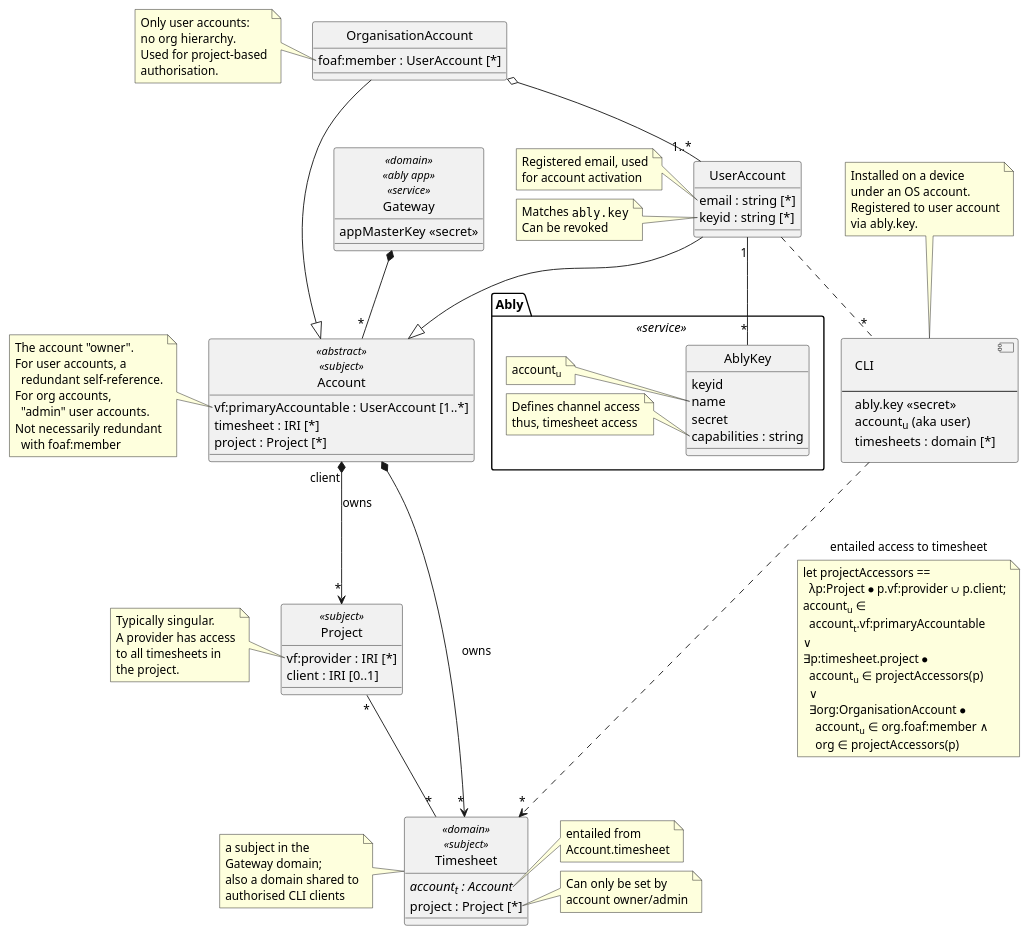
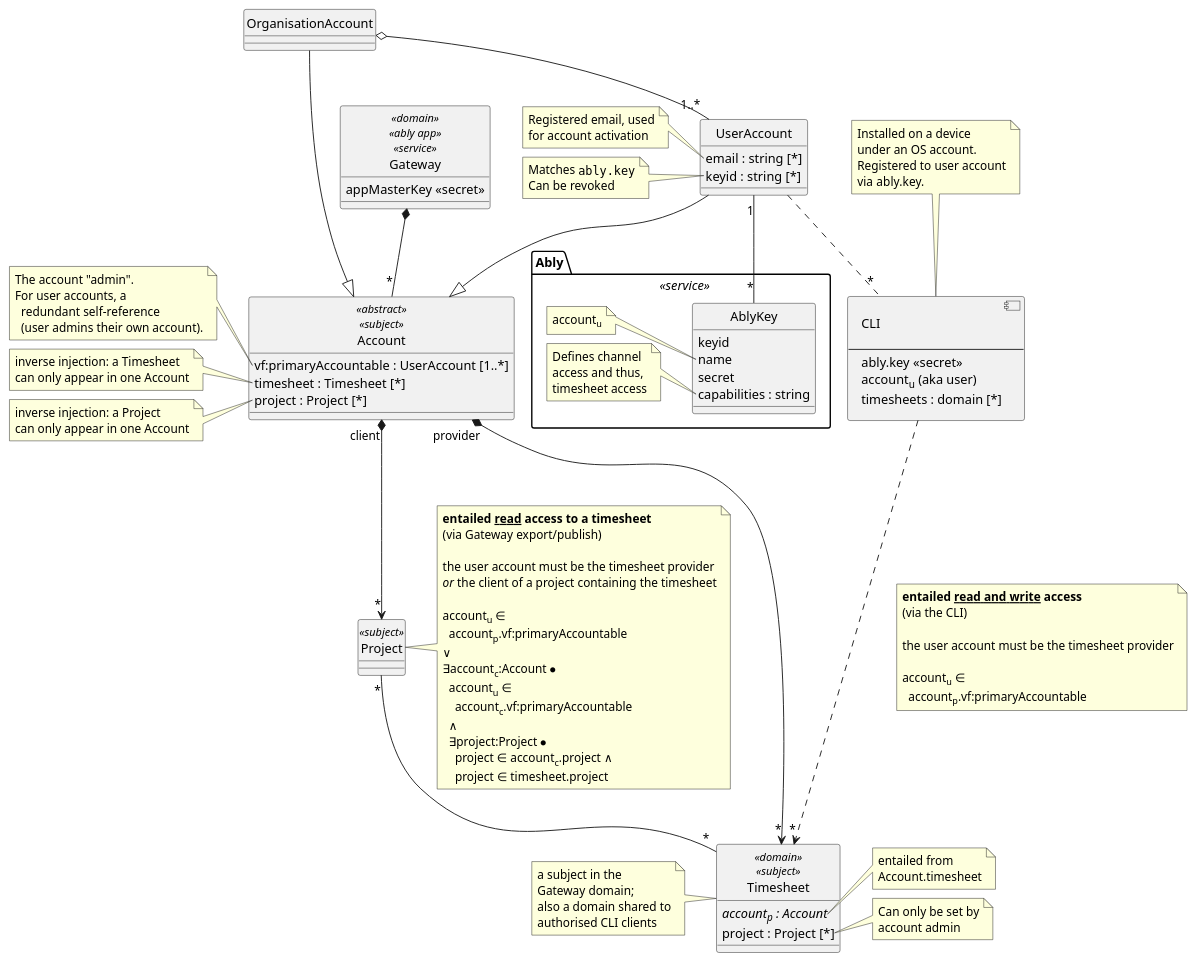
Before and after one commit to m-ld/timeld: the diagram in architecture/security/accounts.class.puml, drawn with PlantUML. The commit also changed 6 other files, not shown here.

Commit message:
#16: Security refinement: a timesheet can only be edited via its owning account; can additionally be read by a project client

```diff
--- a/architecture/security/accounts.class.puml
+++ b/architecture/security/accounts.class.puml
@@ -1,140 +1,145 @@
 @startuml
 'https://plantuml.com/class-diagram
 
 hide circle
 allowmixing
 
 class Gateway <<domain>> <<ably app>> <<service>> {
   appMasterKey <<secret>>
 }
 
 Gateway *-- "*" Account
 
 class Account <<abstract>> <<subject>> {
   vf:primaryAccountable : UserAccount [1..*]
-  timesheet : IRI [*]
+  timesheet : Timesheet [*]
   project : Project [*]
 }
 note left of Account::vf:primaryAccountable
-  The account "owner".
+  The account "admin".
   For user accounts, a
-    redundant self-reference.
-  For org accounts,
-    "admin" user accounts.
-  Not necessarily redundant
-    with foaf:member
+    redundant self-reference
+    (user admins their own account).
+end note
+note left of Account::timesheet
+  inverse injection: a Timesheet
+  can only appear in one Account
+end note
+note left of Account::project
+  inverse injection: a Project
+  can only appear in one Account
 end note
 
-Account *--> "*" Timesheet: owns
+Account "provider" *--> "*" Timesheet
 
-Account "client" *--> "*" Project: owns
+Account "client" *--> "*" Project
 
 class UserAccount {
   email : string [*]
   keyid : string [*]
 }
 note left of UserAccount::email
   Registered email, used
   for account activation
 end note
 note left of UserAccount::keyid
   Matches ""ably.key""
   Can be revoked
 end note
 UserAccount --|> Account
 
 class OrganisationAccount {
-  foaf:member : UserAccount [*]
 }
-note left of OrganisationAccount::foaf:member
-  Only user accounts:
-  no org hierarchy.
-  Used for project-based
-  authorisation.
-end note
 OrganisationAccount --|> Account
 OrganisationAccount o-- "1..*" UserAccount
 
 class Timesheet <<domain>> <<subject>> {
-  //account<sub>t</sub> : Account//
+  //account<sub>p</sub> : Account//
   project : Project [*]
 }
 note left of Timesheet
   a subject in the
   Gateway domain;
   also a domain shared to
   authorised CLI clients
 end note
 note right of Timesheet::account
   entailed from
   Account.timesheet
 end note
 note right of Timesheet::project
   Can only be set by
-  account owner/admin
+  account admin
 end note
 
 class Project <<subject>> {
-  vf:provider : IRI [*]
-  client : IRI [0..1]
 }
-note left of Project::vf:provider
-  Typically singular.
-  A provider has access
-  to all timesheets in
-  the project.
+note right of Project
+  **entailed __read__ access to a timesheet**
+  (via Gateway export/publish)
+
+  the user account must be the timesheet provider
+  //or// the client of a project containing the timesheet
+
+  account<sub>u</sub> ∈
+    account<sub>p</sub>.vf:primaryAccountable
+  ∨
+  ∃account<sub>c</sub>:Account ⦁
+    account<sub>u</sub> ∈
+      account<sub>c</sub>.vf:primaryAccountable
+    ∧
+    ∃project:Project ⦁
+      project ∈ account<sub>c</sub>.project ∧
+      project ∈ timesheet.project
 end note
 
 Project "*" -- "*" Timesheet
 
 component CLI [
   CLI
 
   ---
   ably.key <<secret>>
   account<sub>u</sub> (aka user)
   timesheets : domain [*]
 ]
 note top of CLI
   Installed on a device
   under an OS account.
   Registered to user account
   via ably.key.
 end note
 
 UserAccount .. "*" CLI
 
-CLI ..> "*" Timesheet: entailed access to timesheet
+CLI ..> "*" Timesheet
 note bottom on link
-  let projectAccessors ==
-    λp:Project ⦁ p.vf:provider ∪ p.client;
+  **entailed __read and write__ access**
+  (via the CLI)
+
+  the user account must be the timesheet provider
+
   account<sub>u</sub> ∈
-    account<sub>t</sub>.vf:primaryAccountable
-  ∨
-  ∃p:timesheet.project ⦁
-    account<sub>u</sub> ∈ projectAccessors(p)
-    ∨
-    ∃org:OrganisationAccount ⦁
-      account<sub>u</sub> ∈ org.foaf:member ∧
-      org ∈ projectAccessors(p)
+    account<sub>p</sub>.vf:primaryAccountable
 end note
 
 package Ably <<service>> {
   class AblyKey {
     keyid
     name
     secret
     capabilities : string
   }
   note left of AblyKey::name
     account<sub>u</sub>
   end note
   note left of AblyKey::capabilities
-    Defines channel access
-    thus, timesheet access
+    Defines channel
+    access and thus,
+    timesheet access
   end note
 
   UserAccount "1" -- "*" AblyKey
 }
 
 @enduml
```
